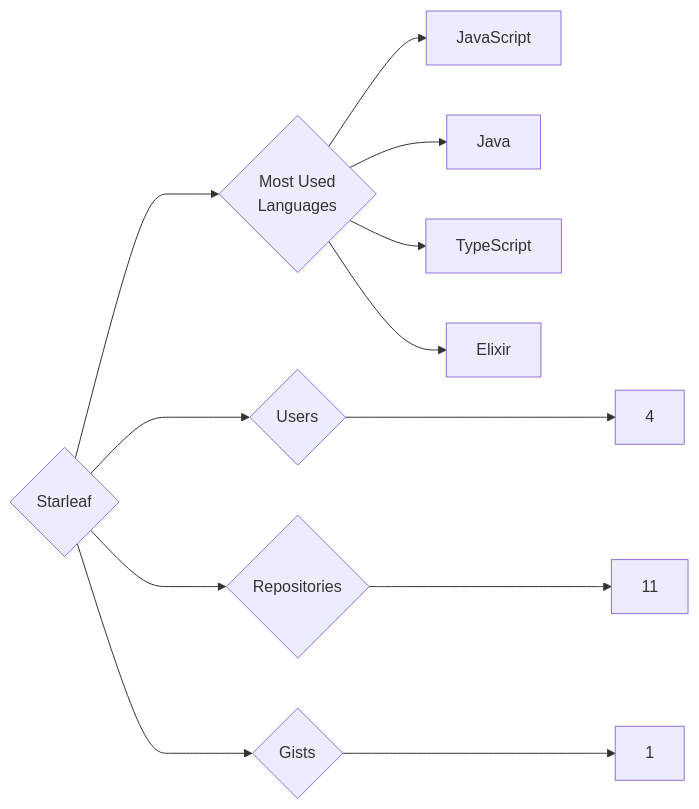
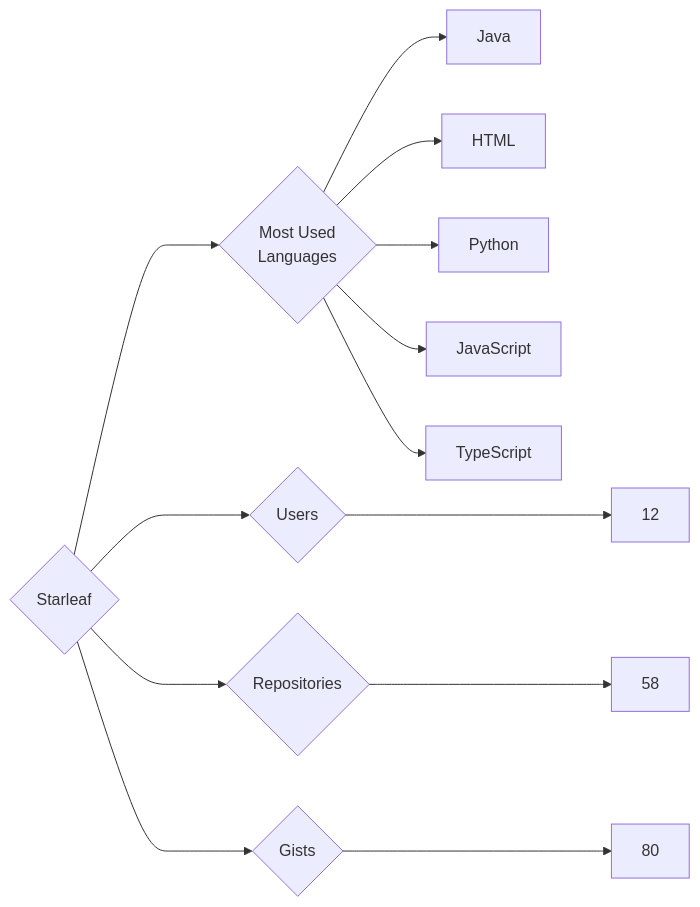
One commit to trickest/insiders changed the diagram in targets/Starleaf/README.md. Above: the diagram before and after it, drawn with Mermaid. The commit also changed 928 other files, not shown here.

````diff
--- a/targets/Starleaf/README.md
+++ b/targets/Starleaf/README.md
@@ -3,12 +3,13 @@
 ```mermaid
 graph LR
 COMPANY_NAME{Starleaf}
-COMPANY_NAME ---> U{Users} ---> UN[4]
-COMPANY_NAME ---> R{Repositories} ---> RN[11]
-COMPANY_NAME ---> G{Gists} ---> GN[1]
+COMPANY_NAME ---> U{Users} ---> UN[12]
+COMPANY_NAME ---> R{Repositories} ---> RN[58]
+COMPANY_NAME ---> G{Gists} ---> GN[80]
 COMPANY_NAME ---> ML{Most Used<br>Languages}
+ML --> Java[Java]
+ML --> HTML[HTML]
+ML --> Python[Python]
 ML --> JavaScript[JavaScript]
-ML --> Java[Java]
 ML --> TypeScript[TypeScript]
-ML --> Elixir[Elixir]
 ```
````
